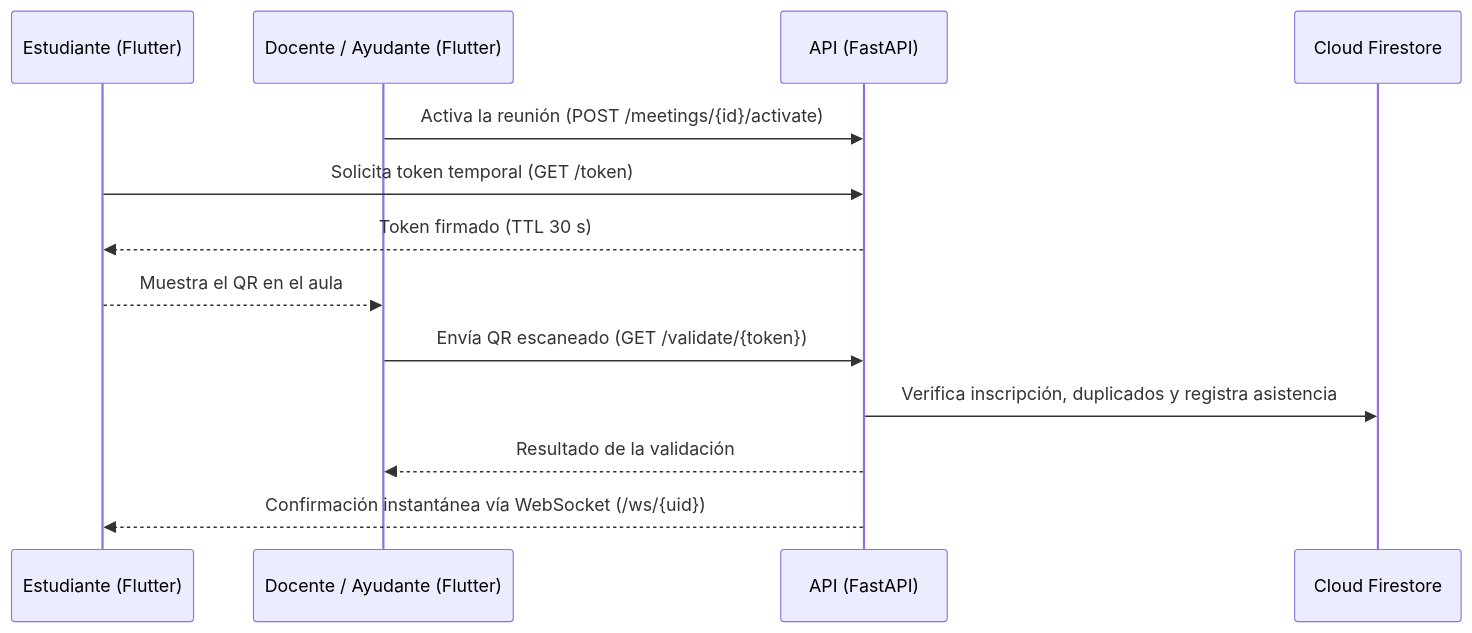
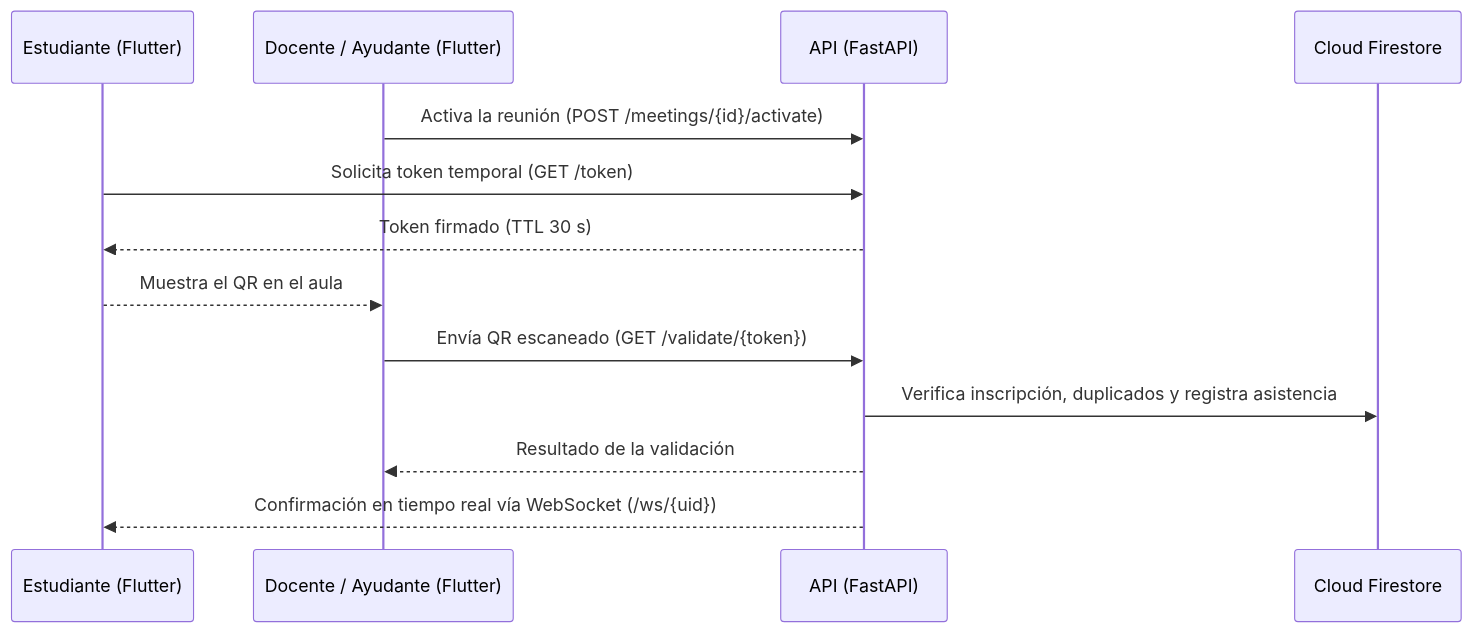
The first of 2 diagrams in README.md (cristobal-nan/academic-attendance-system), drawn with Mermaid before and after one commit. The commit also changed other lines of this file and 1 other file, not shown here.

````diff
--- a/README.md
+++ b/README.md
@@ -22,15 +22,15 @@
 ```mermaid
 sequenceDiagram
     participant E as Estudiante (Flutter)
     participant D as Docente / Ayudante (Flutter)
     participant A as API (FastAPI)
     participant F as Cloud Firestore
     D->>A: Activa la reunión (POST /meetings/{id}/activate)
     E->>A: Solicita token temporal (GET /token)
     A-->>E: Token firmado (TTL 30 s)
     E-->>D: Muestra el QR en el aula
     D->>A: Envía QR escaneado (GET /validate/{token})
     A->>F: Verifica inscripción, duplicados y registra asistencia
     A-->>D: Resultado de la validación
-    A-->>E: Confirmación instantánea vía WebSocket (/ws/{uid})
+    A-->>E: Confirmación en tiempo real vía WebSocket (/ws/{uid})
 ```
````
